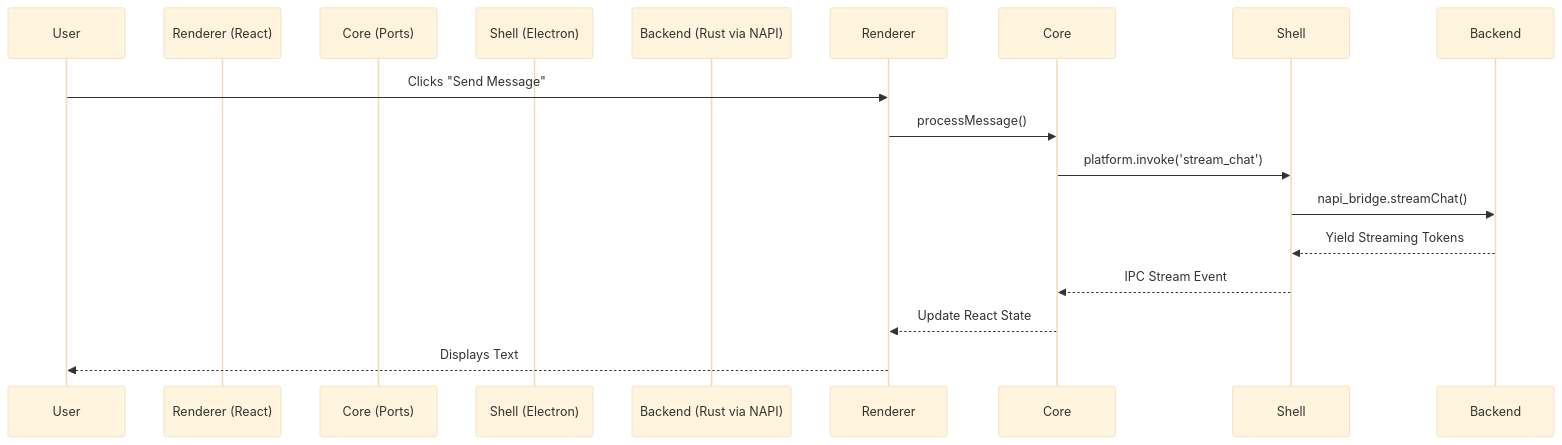
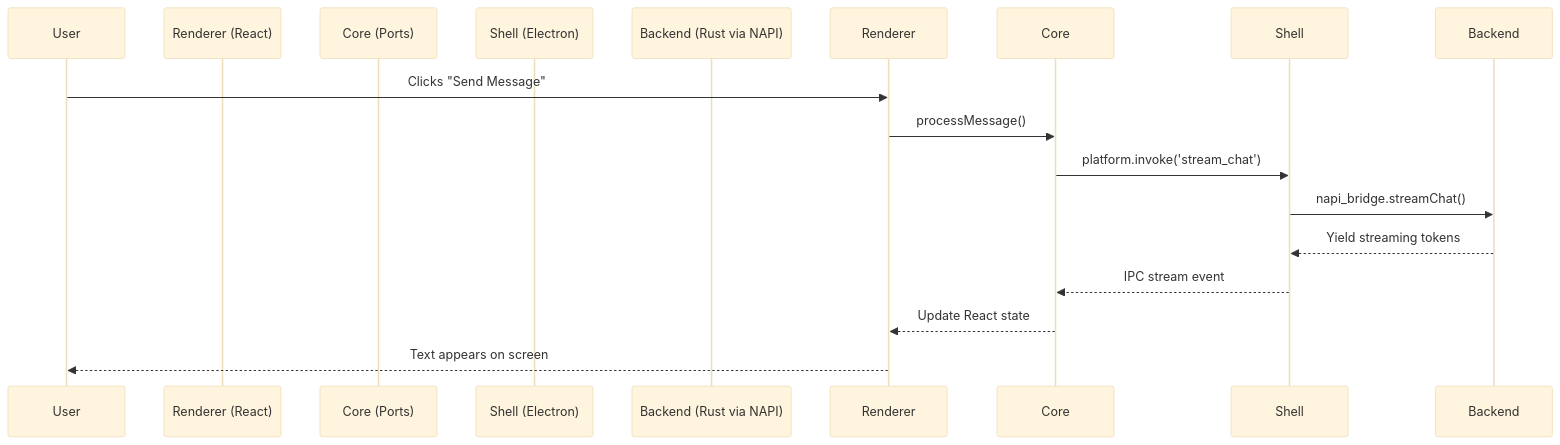
Before and after one commit to squigit-org/squigit: the diagram in docs/02-architecture/SQUIGIT.md, drawn with Mermaid (base theme). The commit also changed other lines of this file, not shown here.

Commit message:
docs: update architecture documentation to reflect repository restructuring and NAPI-based Electron integration

````diff
--- a/docs/02-architecture/SQUIGIT.md
+++ b/docs/02-architecture/SQUIGIT.md
@@ -90,17 +92,17 @@
 ```mermaid
 sequenceDiagram
     participant User
     participant Renderer (React)
     participant Core (Ports)
     participant Shell (Electron)
     participant Backend (Rust via NAPI)
 
     User->>Renderer: Clicks "Send Message"
     Renderer->>Core: processMessage()
     Core->>Shell: platform.invoke('stream_chat')
     Shell->>Backend: napi_bridge.streamChat()
-    Backend-->>Shell: Yield Streaming Tokens
-    Shell-->>Core: IPC Stream Event
-    Core-->>Renderer: Update React State
-    Renderer-->>User: Displays Text
+    Backend-->>Shell: Yield streaming tokens
+    Shell-->>Core: IPC stream event
+    Core-->>Renderer: Update React state
+    Renderer-->>User: Text appears on screen
 ```
````
